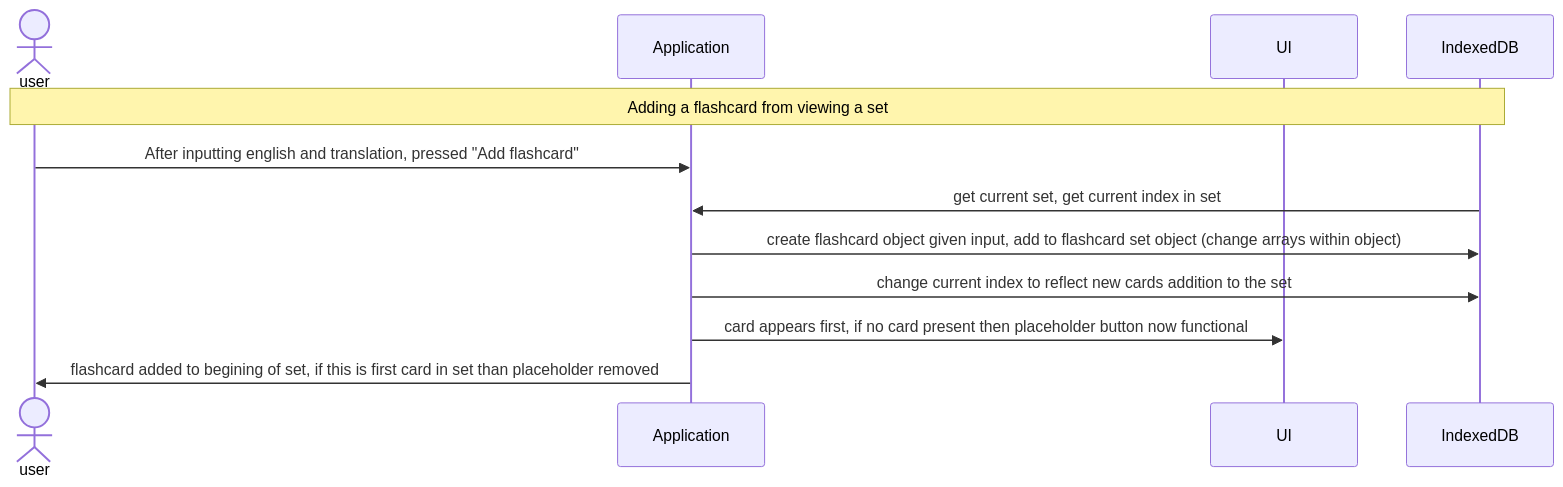
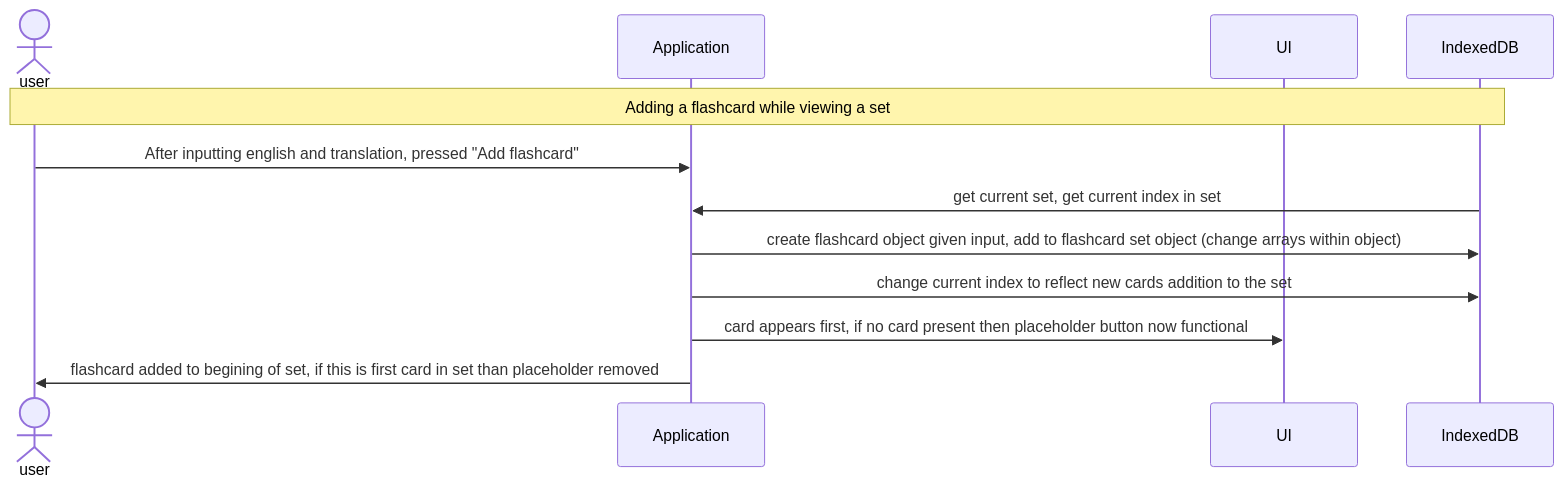
One commit to Henry-WK/henry-wk.github.io changed the diagram in mermaid.md. Above: the diagram before and after it, drawn with Mermaid.

````diff
--- a/mermaid.md
+++ b/mermaid.md
@@ -1,15 +1,15 @@
 ```mermaid
   sequenceDiagram
   actor user
   participant app as Application
   participant ui as UI
   participant db as IndexedDB
 
-  Note over user,db: Adding a flashcard from viewing a set
+  Note over user,db: Adding a flashcard while viewing a set
   user->>app: After inputting english and translation, pressed "Add flashcard" 
   db->>app: get current set, get current index in set
   app->>db: create flashcard object given input, add to flashcard set object (change arrays within object)
   app->>db: change current index to reflect new cards addition to the set
   app->>ui: card appears first, if no card present then placeholder button now functional
   app->>user: flashcard added to begining of set, if this is first card in set than placeholder removed
 ```
````
